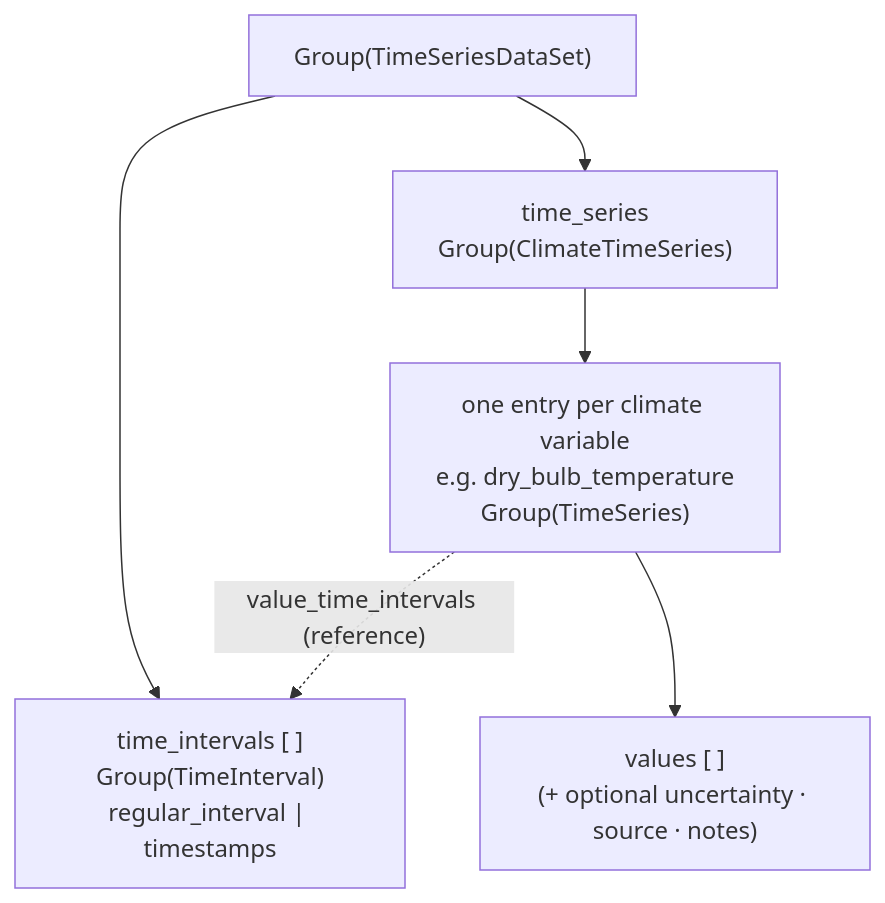
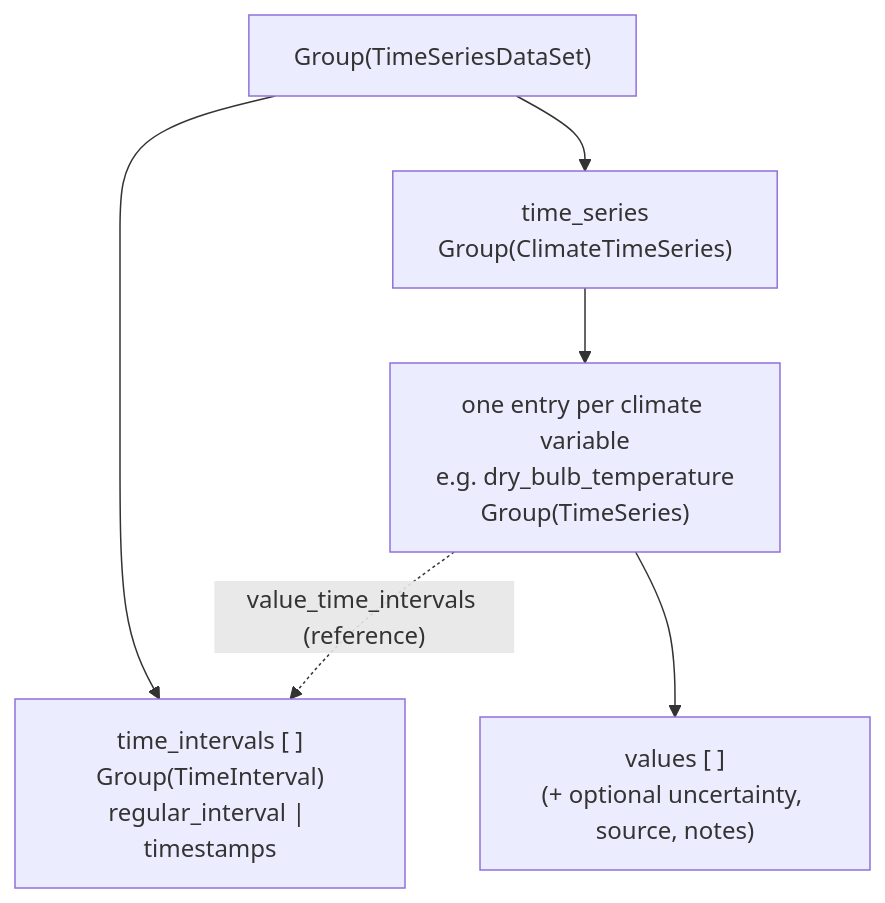
One commit to paragrastogi/climate-information-std169-v1 changed the third of 3 diagrams in docs/implementation_and_application_notes.md. Above: the diagram before and after it, drawn with Mermaid. The commit also changed other lines of this file and 12 other files, not shown here.

````diff
--- a/docs/implementation_and_application_notes.md
+++ b/docs/implementation_and_application_notes.md
@@ -138,9 +138,9 @@
 ```mermaid
 graph TD
     TDS["Group(TimeSeriesDataSet)"]
     TDS --> TI["time_intervals [ ]<br/>Group(TimeInterval)<br/>regular_interval | timestamps"]
     TDS --> CTS["time_series<br/>Group(ClimateTimeSeries)"]
     CTS --> V2["one entry per climate variable<br/>e.g. dry_bulb_temperature<br/>Group(TimeSeries)"]
-    V2 --> VAL["values [ ]<br/>(+ optional uncertainty · source · notes)"]
+    V2 --> VAL["values [ ]<br/>(+ optional uncertainty, source, notes)"]
     V2 -. "value_time_intervals (reference)" .-> TI
 ```
````
